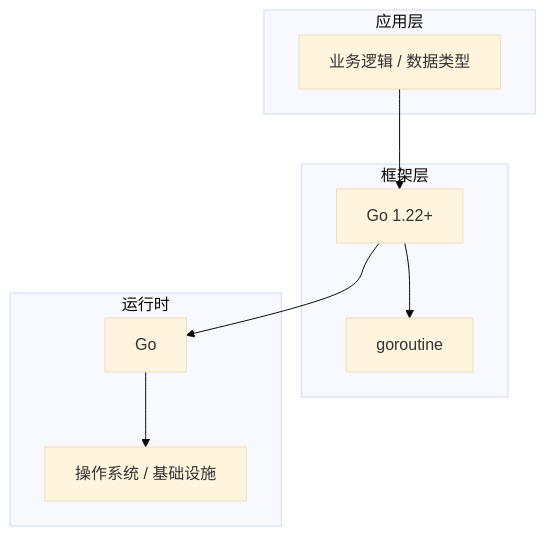
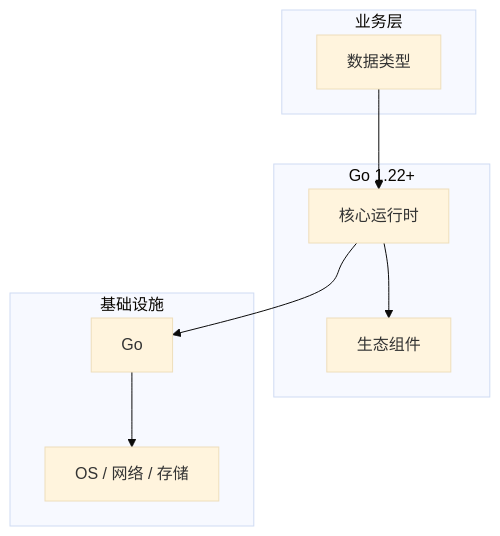
The diagram in articles/Go语言/chapters/009-数据类型核心概念与原理.md (yanggan2015/knowledge-json-v2), drawn with Mermaid (base theme) before and after one commit. The commit also changed other lines of this file and 10127 other files, not shown here.

````diff
--- a/articles/Go语言/chapters/009-数据类型核心概念与原理.md
+++ b/articles/Go语言/chapters/009-数据类型核心概念与原理.md
@@ -45,18 +34,18 @@
 ```mermaid
 graph TB
-    subgraph 应用层
-        A[业务逻辑 / 数据类型]
+    subgraph 业务层
+        A[数据类型]
     end
-    subgraph 框架层
-        B[Go 1.22+]
-        C[goroutine]
+    subgraph Go 1.22+
+        B[核心运行时]
+        C[生态组件]
     end
-    subgraph 运行时
+    subgraph 基础设施
         D[Go]
-        E[操作系统 / 基础设施]
+        E[OS / 网络 / 存储]
     end
     A --> B
     B --> C
     B --> D
     D --> E
 ```
````
